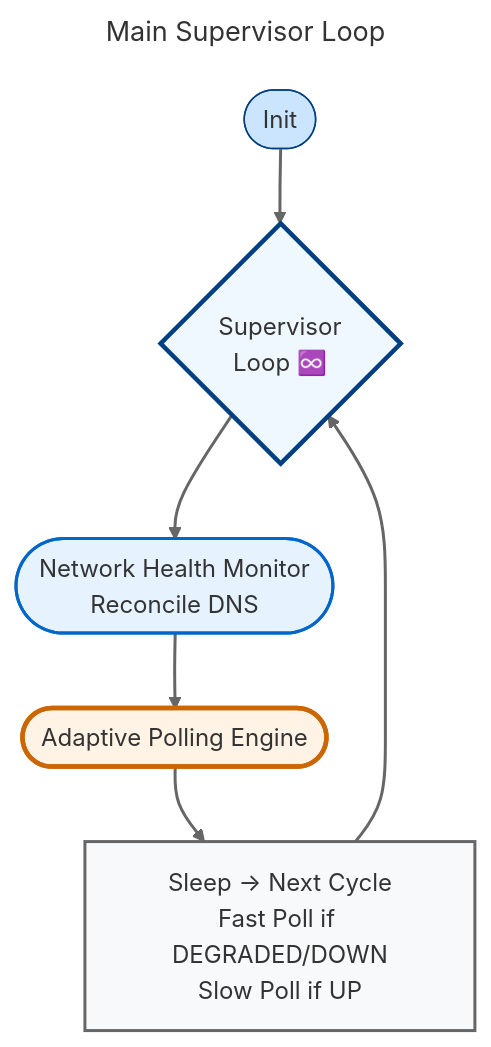
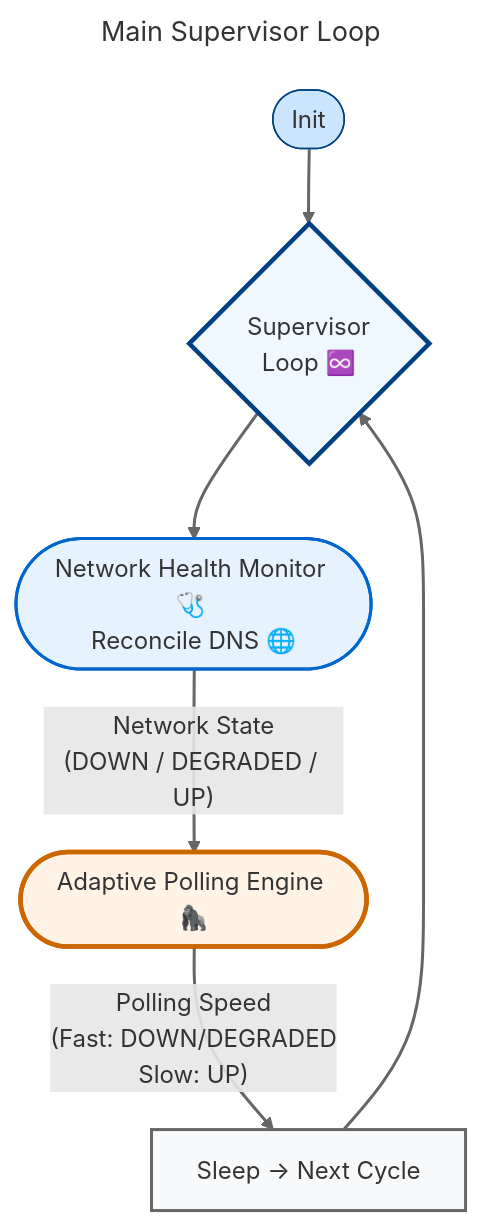
Before and after one commit to bkaewell/micro-services: diagram 19 of 19 in update_dns/docs/VPN-DNS-STACK.md, drawn with Mermaid.

Commit message:
Experimenting with mermaid diagrams

````diff
--- a/update_dns/docs/VPN-DNS-STACK.md
+++ b/update_dns/docs/VPN-DNS-STACK.md
@@ -681,27 +681,27 @@
 ```mermaid
 ---
 title: Main Supervisor Loop
 config:
    look: classic
    theme: 'default'
 ---
 graph TD
     Start([Init]) --> Loop{Supervisor<br>Loop ♾️}
 
-    Loop --> Update([Network Health Monitor<br>Reconcile DNS])
+    Loop --> Update([Network Health Monitor 🩺 <br>Reconcile DNS 🌐])
 
-    Update --> Poll([Adaptive Polling Engine])
+    Update --> |"Network State<br>(DOWN / DEGRADED / UP)"| Poll([Adaptive Polling Engine 🦍])
 
-    Poll --> Sleep[Sleep → Next Cycle<br>Fast Poll if DEGRADED/DOWN<br>Slow Poll if UP]
+    Poll -->  |"Polling Speed<br>(Fast: DOWN/DEGRADED<br>Slow: UP)"| Sleep[Sleep → Next Cycle]
 
-    Sleep --> Loop
+    Sleep -->  Loop
 
     %% Visual highlights
     style Poll fill:#fff3e6,stroke:#cc6600,stroke-width:3px,rx:12,ry:12
     style Loop fill:#f0f8ff,stroke:#004080,stroke-width:3px,rx:12,ry:12
     style Update fill:#e6f3ff,stroke:#0066cc,stroke-width:2px
     style Start fill:#cce5ff,stroke:#004080,rx:12,ry:12
     style Sleep fill:#f8f9fa,stroke:#666,stroke-width:2px
 
     linkStyle default stroke:#666,stroke-width:2px
 ```
````
